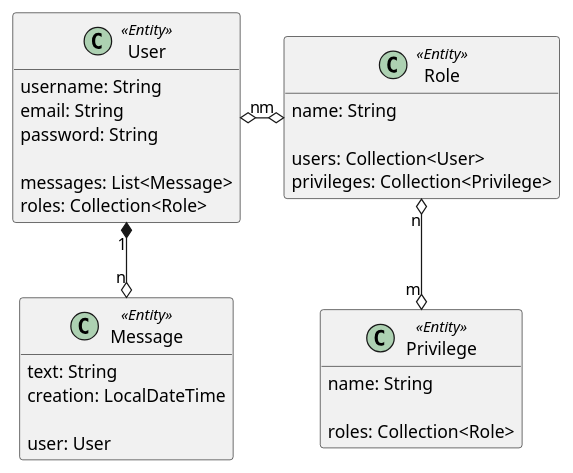
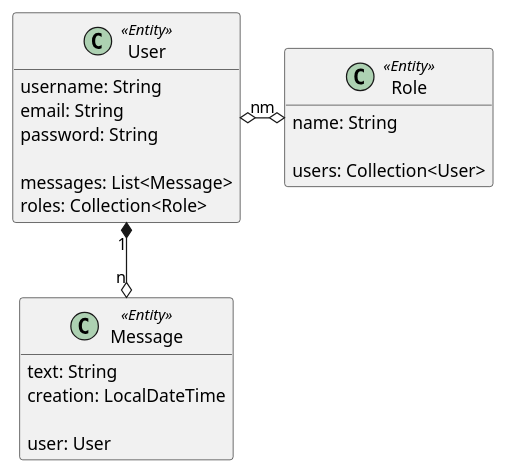
Before and after one commit to ThomasBoigner/sj2223-5bhif-scientific-paper: the diagram in src/puml/domain.puml, drawn with PlantUML. The commit also changed 17 other files, not shown here.

```diff
--- a/src/puml/domain.puml
+++ b/src/puml/domain.puml
@@ -1,37 +1,29 @@
 @startuml
 hide methods
 
 class User <<Entity>> {
     username: String
     email: String
     password: String
 
     messages: List<Message>
     roles: Collection<Role>
 }
 
 class Message<<Entity>>{
     text: String
     creation: LocalDateTime
 
     user: User
 }
 
 class Role<<Entity>>{
     name: String
 
     users: Collection<User>
-    privileges: Collection<Privilege>
-}
-
-class Privilege<<Entity>>{
-    name: String
-
-    roles: Collection<Role>
 }
 
 User "1" *-down-o "n" Message
 User "n" o-o "m" Role
-Role "n" o-down-o "m" Privilege
 
 @enduml
```
